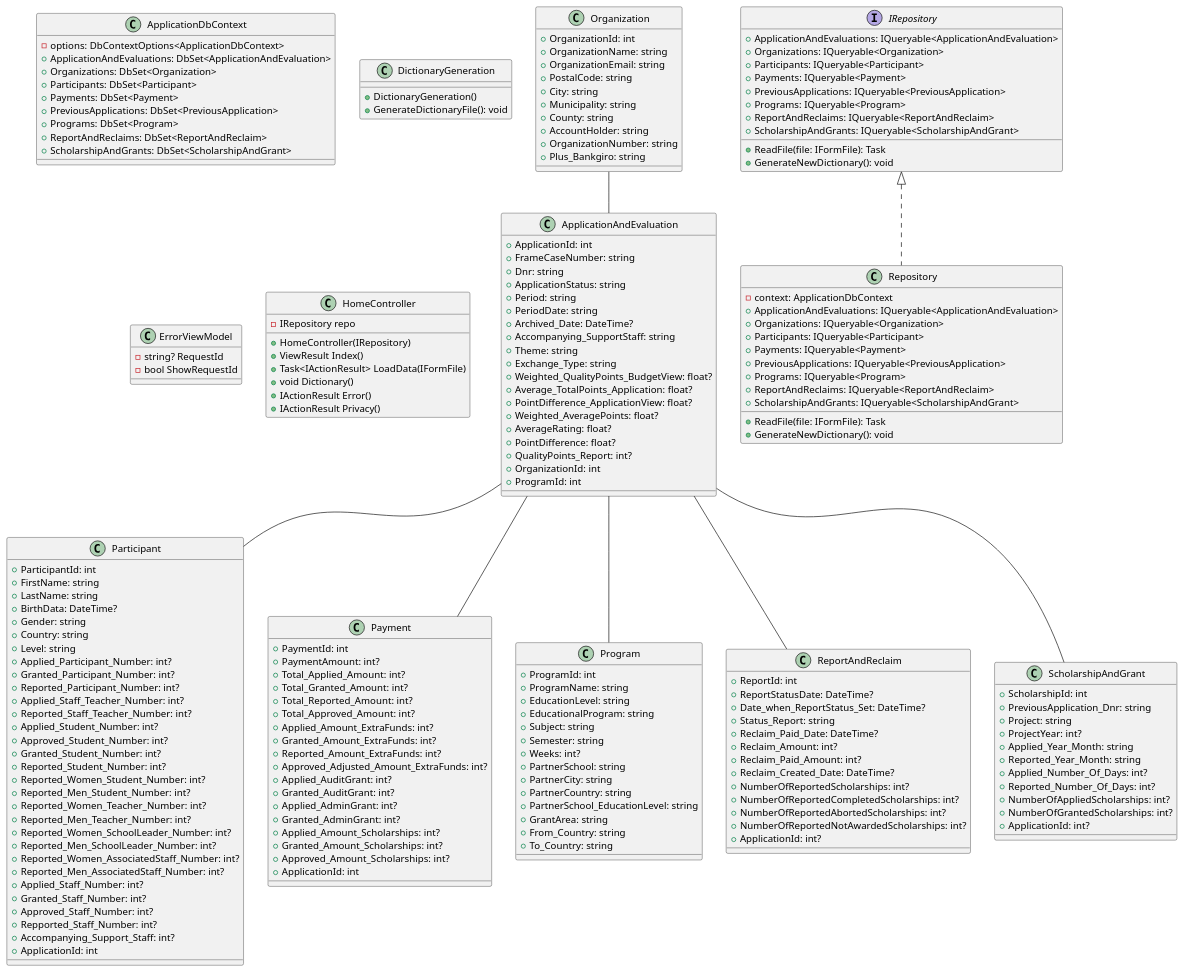
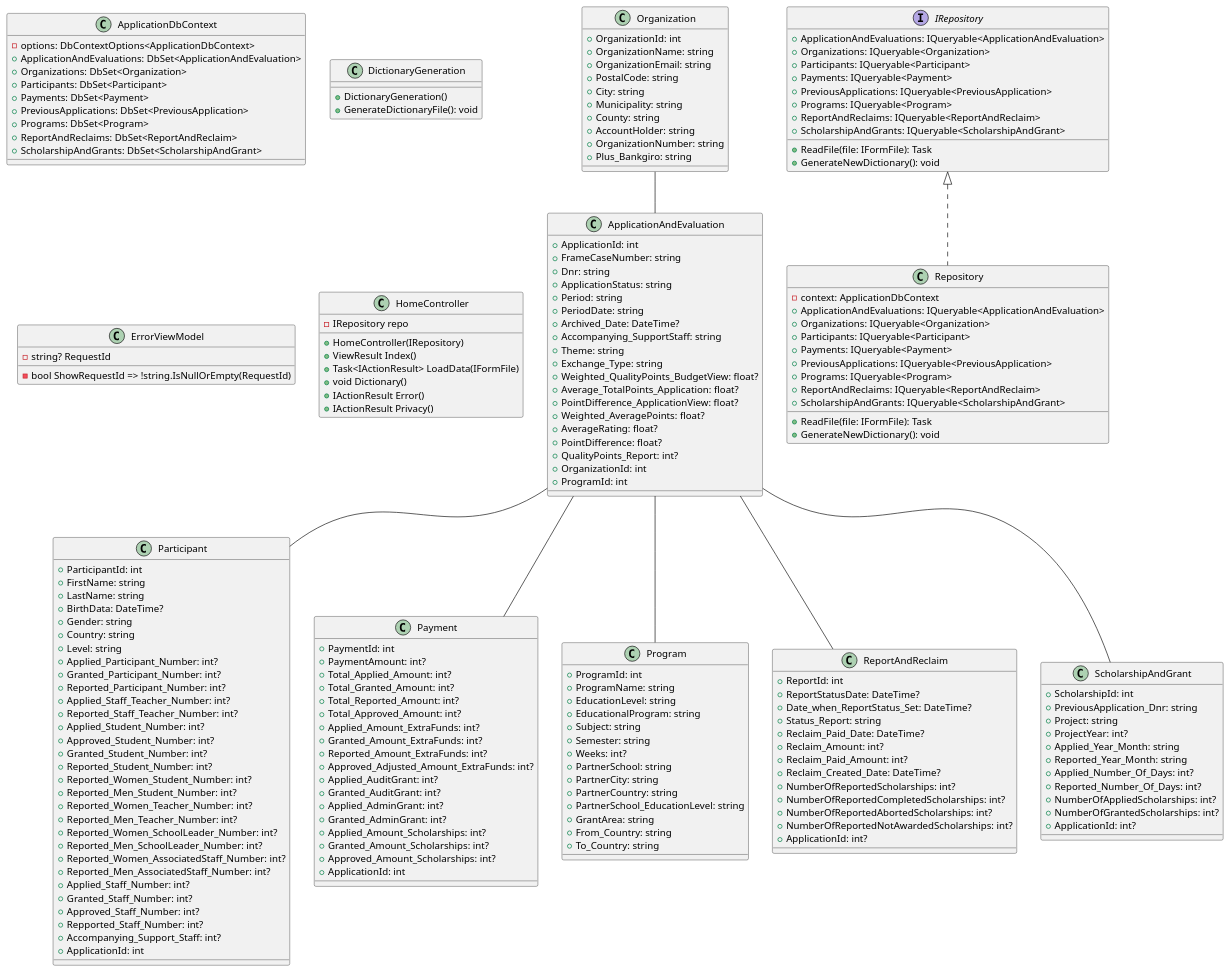
Before and after one commit to FrankieKG/DWAP: the diagram in Diagram.puml, drawn with PlantUML. The commit also changed 2 other files, not shown here.

Commit message:
FIxat Diagram.puml och DictionaryGeneration.cs

```diff
--- a/Diagram.puml
+++ b/Diagram.puml
@@ -188,7 +188,7 @@
 
 class ErrorViewModel {
     - string? RequestId
-    - bool ShowRequestId
+    - bool ShowRequestId => !string.IsNullOrEmpty(RequestId)
 }
 
 class HomeController {
@@ -200,5 +200,4 @@
     + IActionResult Error()
     + IActionResult Privacy()
 }
-
 @enduml
```
